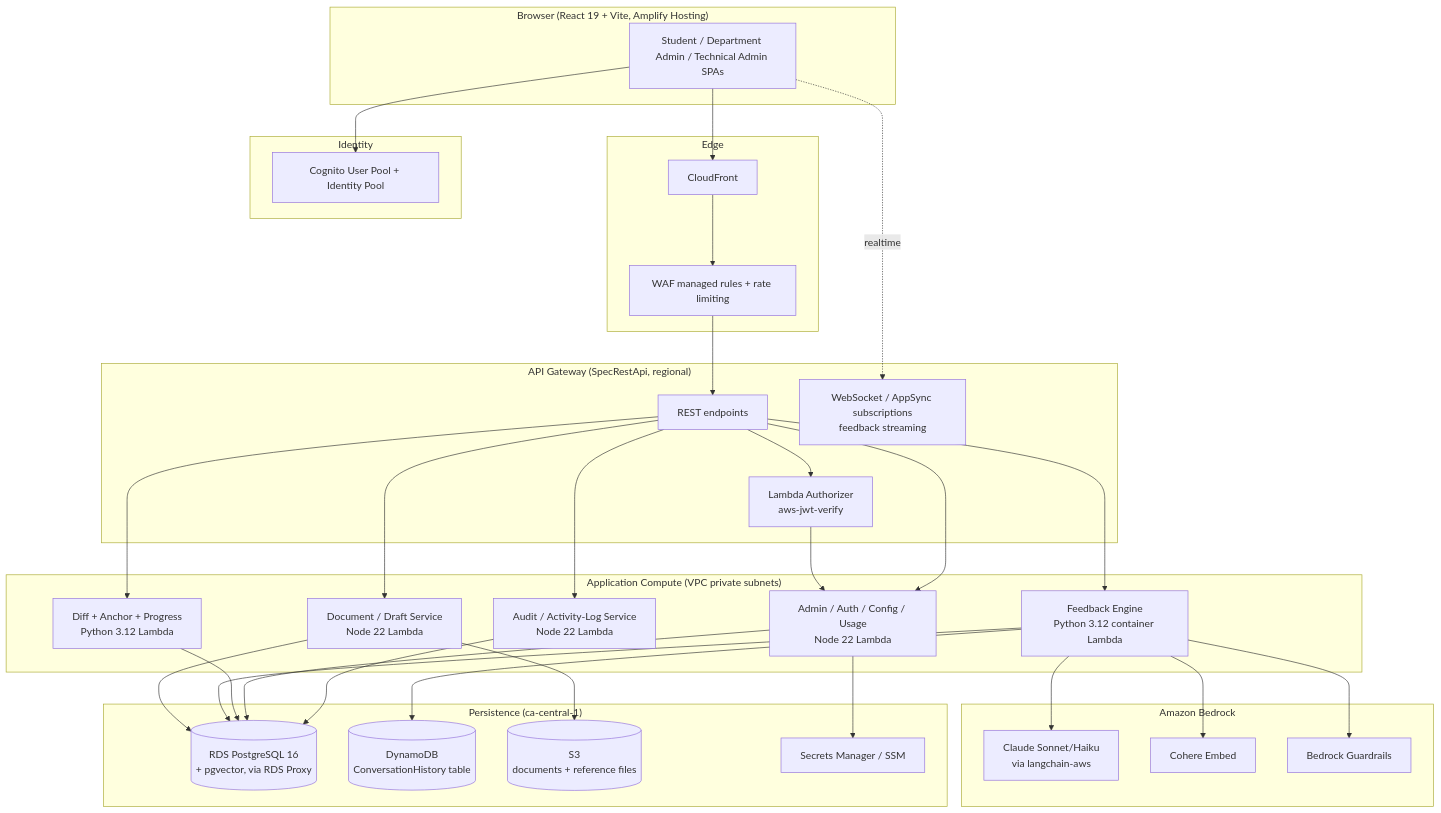
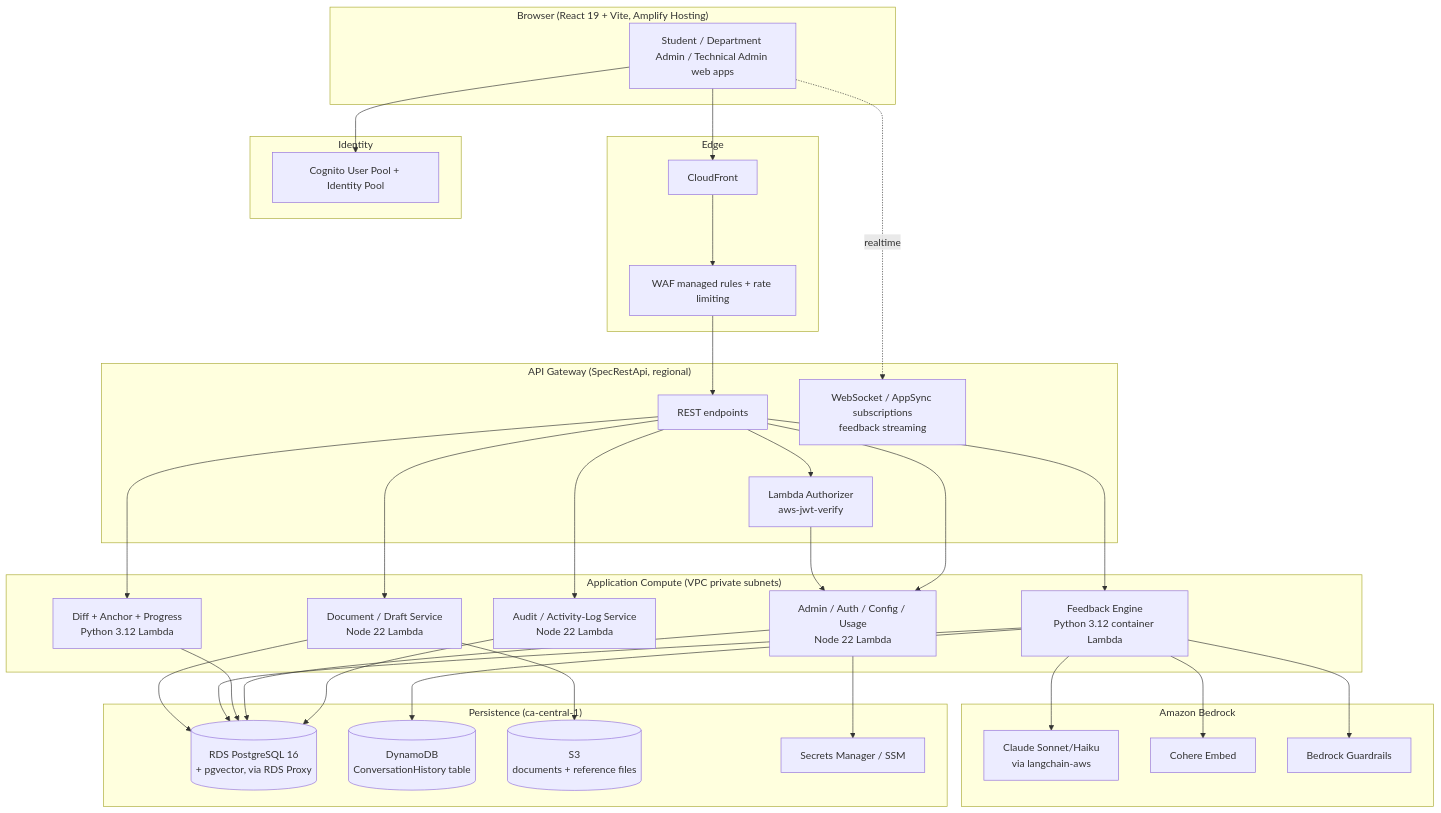
Before and after one commit to Owen-Wangg/WREN: the first of 4 diagrams in docs/specs/wren-writing-coach/design.md, drawn with Mermaid. The commit also changed 9 other files, not shown here.

````diff
--- a/docs/specs/wren-writing-coach/design.md
+++ b/docs/specs/wren-writing-coach/design.md
@@ -31,55 +31,55 @@
 ```mermaid
 graph TB
     subgraph Client["Browser (React 19 + Vite, Amplify Hosting)"]
-        UI[Student / Department Admin / Technical Admin SPAs]
+        UI[Student / Department Admin / Technical Admin web apps]
     end
 
     subgraph Edge["Edge"]
         CF[CloudFront]
         WAF[WAF managed rules + rate limiting]
     end
 
     subgraph Auth["Identity"]
         COG[Cognito User Pool + Identity Pool]
     end
 
     subgraph API["API Gateway (SpecRestApi, regional)"]
         AUTHZ[Lambda Authorizer<br/>aws-jwt-verify]
         REST[REST endpoints]
         WS[WebSocket / AppSync subscriptions<br/>feedback streaming]
     end
 
     subgraph Compute["Application Compute (VPC private subnets)"]
         DOCSVC[Document / Draft Service<br/>Node 22 Lambda]
         FBENG[Feedback Engine<br/>Python 3.12 container Lambda]
         DIFF[Diff + Anchor + Progress<br/>Python 3.12 Lambda]
         ADMINSVC[Admin / Auth / Config / Usage<br/>Node 22 Lambda]
         AUDIT[Audit / Activity-Log Service<br/>Node 22 Lambda]
     end
 
     subgraph AI["Amazon Bedrock"]
         CLAUDE[Claude Sonnet/Haiku<br/>via langchain-aws]
         EMBED[Cohere Embed]
         GUARD[Bedrock Guardrails]
     end
 
     subgraph Data["Persistence (ca-central-1)"]
         RDS[(RDS PostgreSQL 16<br/>+ pgvector, via RDS Proxy)]
         DDB[(DynamoDB<br/>ConversationHistory table)]
         S3[(S3<br/>documents + reference files)]
         SM[Secrets Manager / SSM]
     end
 
     UI --> CF --> WAF --> REST
     UI -.realtime.-> WS
     UI --> COG
     REST --> AUTHZ
     AUTHZ --> ADMINSVC
     REST --> DOCSVC & FBENG & DIFF & ADMINSVC & AUDIT
     DOCSVC --> S3 & RDS
     FBENG --> CLAUDE & EMBED & GUARD & RDS
     DIFF --> RDS
     ADMINSVC --> RDS & SM
     AUDIT --> RDS
     FBENG --> DDB
 ```
````
